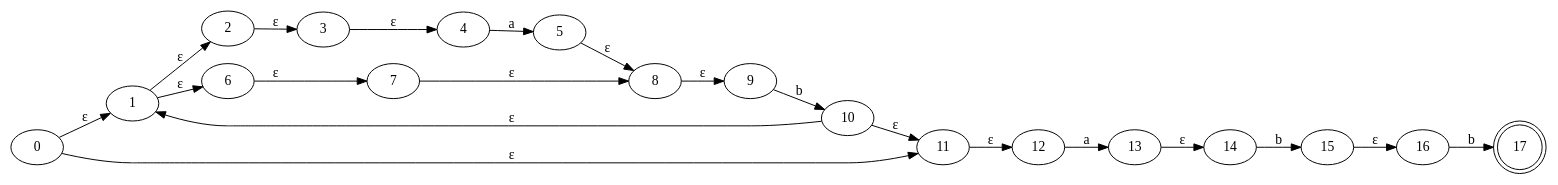
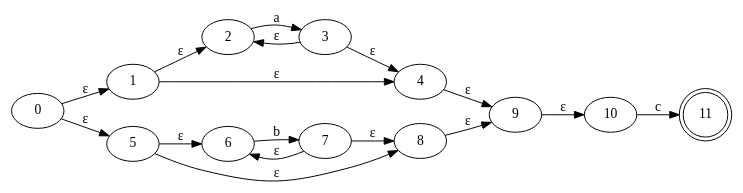
One commit to MaaarcosG/Automatas changed the diagram in Graph/Thompson.gv. Above: the diagram before and after it, drawn with Graphviz. The commit also changed 4 other files, not shown here.

```diff
--- a/Graph/Thompson.gv
+++ b/Graph/Thompson.gv
@@ -1,41 +1,31 @@
 digraph Automata {
 	rankdir=LR
 	0 [label=0]
 	0 -> 1 [label="ε"]
-	0 -> 11 [label="ε"]
+	0 -> 5 [label="ε"]
 	1 [label=1]
 	1 -> 2 [label="ε"]
-	1 -> 6 [label="ε"]
+	1 -> 4 [label="ε"]
 	2 [label=2]
-	2 -> 3 [label="ε"]
+	2 -> 3 [label=a]
 	3 [label=3]
+	3 -> 2 [label="ε"]
 	3 -> 4 [label="ε"]
 	4 [label=4]
-	4 -> 5 [label=a]
+	4 -> 9 [label="ε"]
 	5 [label=5]
+	5 -> 6 [label="ε"]
 	5 -> 8 [label="ε"]
 	6 [label=6]
-	6 -> 7 [label="ε"]
+	6 -> 7 [label=b]
 	7 [label=7]
+	7 -> 6 [label="ε"]
 	7 -> 8 [label="ε"]
 	8 [label=8]
 	8 -> 9 [label="ε"]
 	9 [label=9]
-	9 -> 10 [label=b]
+	9 -> 10 [label="ε"]
 	10 [label=10]
-	10 -> 1 [label="ε"]
-	10 -> 11 [label="ε"]
-	11 [label=11]
-	11 -> 12 [label="ε"]
-	12 [label=12]
-	12 -> 13 [label=a]
-	13 [label=13]
-	13 -> 14 [label="ε"]
-	14 [label=14]
-	14 -> 15 [label=b]
-	15 [label=15]
-	15 -> 16 [label="ε"]
-	16 [label=16]
-	16 -> 17 [label=b]
-	17 [label=17 shape=doublecircle]
+	10 -> 11 [label=c]
+	11 [label=11 shape=doublecircle]
 }
```
